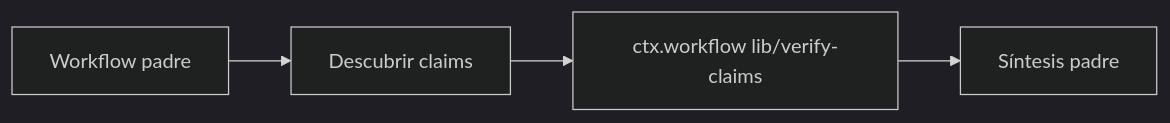
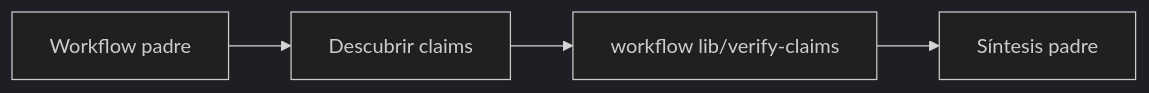
Before and after one commit to andrestobelem/pandi-extensions: the seventh of 14 diagrams in extensions/pi-dynamic-workflows/README.md, drawn with Mermaid (dark theme). The commit also changed other lines of this file, not shown here.

````diff
--- a/extensions/pi-dynamic-workflows/README.md
+++ b/extensions/pi-dynamic-workflows/README.md
@@ -230,6 +230,6 @@
 ```mermaid
 flowchart LR
   A[Workflow padre] --> B[Descubrir claims]
-  B --> C[ctx.workflow lib/verify-claims]
+  B --> C[workflow lib/verify-claims]
   C --> D[Síntesis padre]
 ```
````
